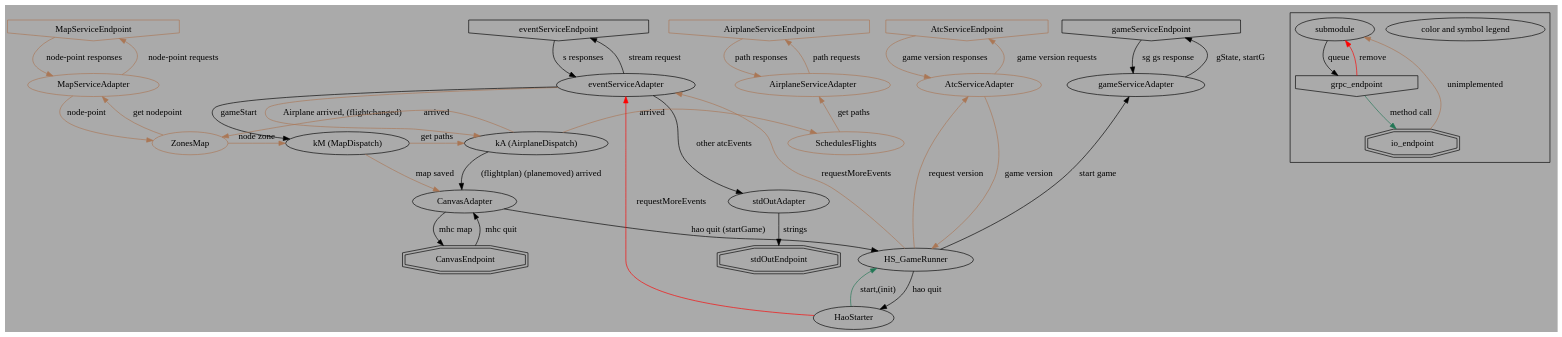
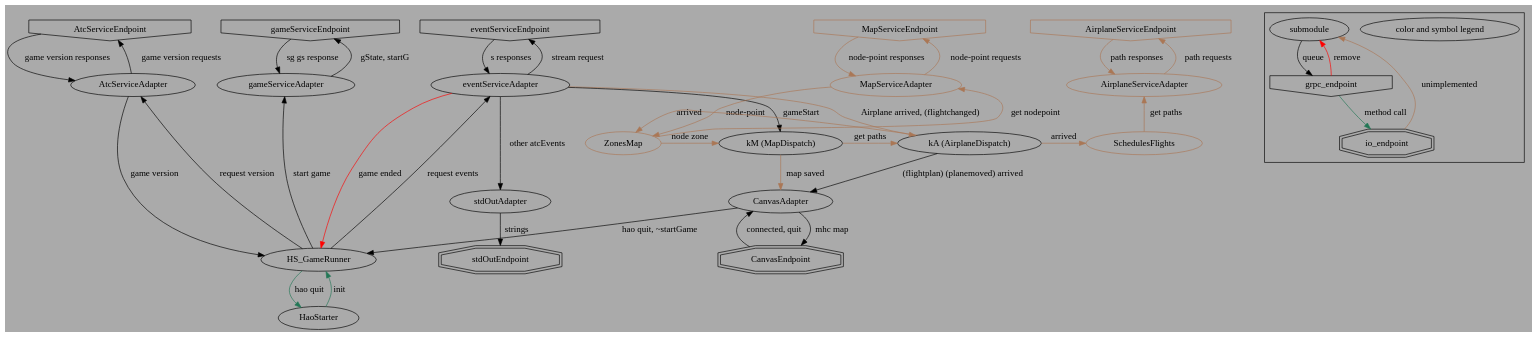
One commit to Nzen/hircine-anise-okkoz changed the diagram in docs/modules/queues.dot. Above: the diagram before and after it, drawn with Graphviz. The commit also changed 10 other files, not shown here.

```diff
--- a/docs/modules/queues.dot
+++ b/docs/modules/queues.dot
@@ -1,119 +1,119 @@
 
 digraph haokkoz_data_flow
 {
 
 /*
 */
 	bgcolor = "#AAAAAA"
 
 	{
 		rank = same;
-		AtcServiceEndpoint [ shape = invhouse color = "#AA7755" ]; # for game version
+		AtcServiceEndpoint [ shape = invhouse ]; # for game version
 		AirplaneServiceEndpoint [ shape = invhouse color = "#AA7755" ]; # for updating flight plans
 		MapServiceEndpoint [ shape = invhouse color = "#AA7755" ]; # for node to point conversion
-		eventServiceEndpoint [ shape = invhouse ];
-		gameServiceEndpoint [ shape = invhouse ];
+		eventServiceEndpoint [ shape = invhouse ]; # for events
+		gameServiceEndpoint [ shape = invhouse ]; # to start games
 	}
 
 	{
 		rank = same;
 		stdOutEndpoint [ shape = doubleoctagon ];
 		CanvasEndpoint [ shape = doubleoctagon ];
 	}
 
 	{
 		rank = same;
 		AirplaneServiceAdapter [ color = "#AA7755" ];
-		AtcServiceAdapter [ color = "#AA7755" ];
+		AtcServiceAdapter;
 		eventServiceAdapter;
 		gameServiceAdapter;
 		MapServiceAdapter [ color = "#AA7755" ];
 	}
 
 	{
 		rank = same;
 		CanvasAdapter;
 		stdOutAdapter;
 	}
 
 	{
 		rank = same;
 		knowsAirplanes [ label = "kA (AirplaneDispatch)" ];
 		knowsMap [ label = "kM (MapDispatch)" ];
 		SchedulesFlights [ color = "#AA7755" ];
 		ZonesMap [ color = "#AA7755" ];
 	}
 
 	HaoStarter;
 	HS_GameRunner;
 
 	# [ label = "" ];
 
 	AirplaneServiceAdapter -> AirplaneServiceEndpoint [ label = "path requests" color = "#AA7755" ];
 
 	AirplaneServiceEndpoint -> AirplaneServiceAdapter [ label = "path responses" color = "#AA7755" ];
 
-	AtcServiceAdapter -> AtcServiceEndpoint [ label = "game version requests" color = "#AA7755" ];
-	AtcServiceAdapter -> HS_GameRunner [ label = "game version" color = "#AA7755" ];
+	AtcServiceAdapter -> AtcServiceEndpoint [ label = "game version requests" ];
+	AtcServiceAdapter -> HS_GameRunner [ label = "game version" ];
 
-	AtcServiceEndpoint -> AtcServiceAdapter [ label = "game version responses" color = "#AA7755" ];
+	AtcServiceEndpoint -> AtcServiceAdapter [ label = "game version responses" ];
 
-	CanvasEndpoint -> CanvasAdapter [ label = "mhc quit" ];
+	CanvasEndpoint -> CanvasAdapter [ label = "connected, quit" ];
 
 	CanvasAdapter -> CanvasEndpoint [ label = "mhc map" ];
-	CanvasAdapter -> HS_GameRunner [ label = "hao quit (startGame)" ];
+	CanvasAdapter -> HS_GameRunner [ label = "hao quit, ~startGame" ];
 
 	eventServiceAdapter -> eventServiceEndpoint [ label = "stream request" ];
 	eventServiceAdapter -> knowsMap [ label = "gameStart" ];
 	eventServiceAdapter -> stdOutAdapter [ label = "other atcEvents" ];
 	eventServiceAdapter -> knowsAirplanes [ label = "Airplane arrived, (flightchanged)" color = "#AA7755" ];
+	eventServiceAdapter -> HS_GameRunner [ label = "game ended" color = "red" ];
 
 	eventServiceEndpoint -> eventServiceAdapter [ label = "s responses" ];
 
-	HaoStarter -> eventServiceAdapter [ label = "requestMoreEvents" color = "red" ];
-	HaoStarter -> HS_GameRunner [ label = "start,(init)" color = "#227755" ];
+	HaoStarter -> HS_GameRunner [ label = "init" color = "#227755" ];
 
-	HS_GameRunner -> AtcServiceAdapter [ label = "request version" color = "#AA7755" ];
+	HS_GameRunner -> AtcServiceAdapter [ label = "request version" ];
 	HS_GameRunner -> gameServiceAdapter [ label = "start game" ];
-	HS_GameRunner -> HaoStarter [ label = "hao quit" ];
-	HS_GameRunner -> eventServiceAdapter [ label = "requestMoreEvents" color = "#AA7755" ];
+	HS_GameRunner -> HaoStarter [ label = "hao quit" color = "#227755" ];
+	HS_GameRunner -> eventServiceAdapter [ label = "request events" ];
 
 	gameServiceAdapter -> gameServiceEndpoint [ label = "gState, startG" ];
 
 	gameServiceEndpoint -> gameServiceAdapter [ label = "sg gs response" ];
 
 	knowsAirplanes -> CanvasAdapter [ label = "(flightplan) (planemoved) arrived" ];
 	knowsAirplanes -> SchedulesFlights [ label = "arrived" color = "#AA7755" ];
 	knowsAirplanes -> ZonesMap [ label = "arrived" color = "#AA7755" ];
 
 	knowsMap -> CanvasAdapter [ label = "map saved" color = "#AA7755" ];
 	knowsMap -> knowsAirplanes [ label = "get paths" color = "#AA7755" ];
 
 	MapServiceAdapter -> MapServiceEndpoint [ label = "node-point requests" color = "#AA7755" ];
 	MapServiceAdapter -> ZonesMap [ label = "node-point" color = "#AA7755" ];
 
 	MapServiceEndpoint -> MapServiceAdapter [ label = "node-point responses" color = "#AA7755" ];
 
 	SchedulesFlights -> AirplaneServiceAdapter [ label = "get paths" color = "#AA7755" ];
 
 	stdOutAdapter -> stdOutEndpoint [ label = "strings" ];
 
 	ZonesMap -> MapServiceAdapter [ label = "get nodepoint" color = "#AA7755" ];
 	ZonesMap -> knowsMap [ label = "node zone" color = "#AA7755" ];
 
 	# ->  [ label = "" ];
 
 	subgraph cluster0 {
 		color_legend [ label = "color and symbol legend" ];
 		submodule;
 		grpc_endpoint [ shape = invhouse ];
 		io_endpoint [ shape = doubleoctagon ];
 
 		submodule -> grpc_endpoint [ label = "queue" ];
 
 		grpc_endpoint -> io_endpoint [ label = "method call" color = "#227755" ];
 		grpc_endpoint -> submodule [ label = "remove" color = "red" ];
 
 		io_endpoint -> submodule [ label = "unimplemented" color = "#AA7755" ];
 	}
 }
```
